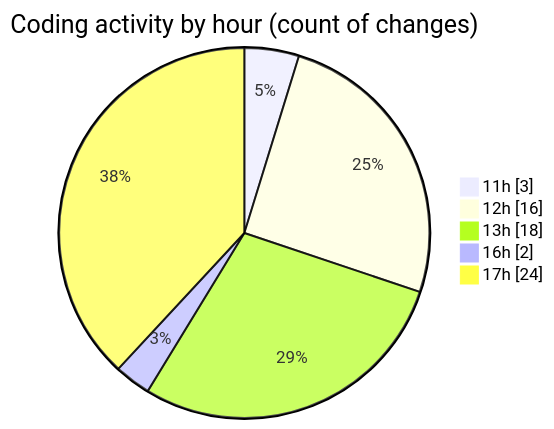
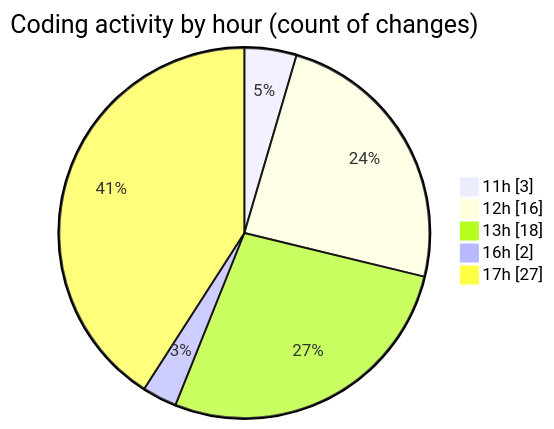
One commit to nxtqubesakshisongat/code-tracking changed the second of 2 diagrams in 2025-06-03/nxtqube_webapp/README.md. Above: the diagram before and after it, drawn with Mermaid. The commit also changed other lines of this file and 1 other file, not shown here.

````diff
--- a/2025-06-03/nxtqube_webapp/README.md
+++ b/2025-06-03/nxtqube_webapp/README.md
@@ -30,9 +30,9 @@
 ```mermaid
 pie showData
 title Coding activity by hour (count of changes)
 "11h" : 3
 "12h" : 16
 "13h" : 18
 "16h" : 2
-"17h" : 24
+"17h" : 27
 ```
````
